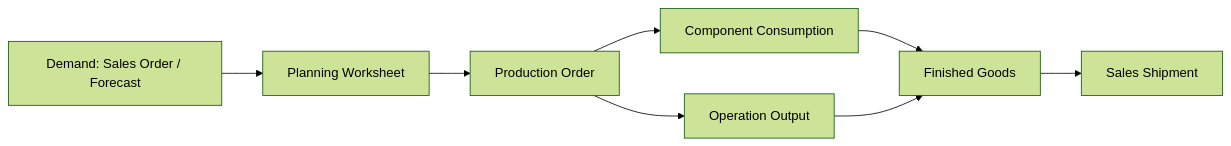
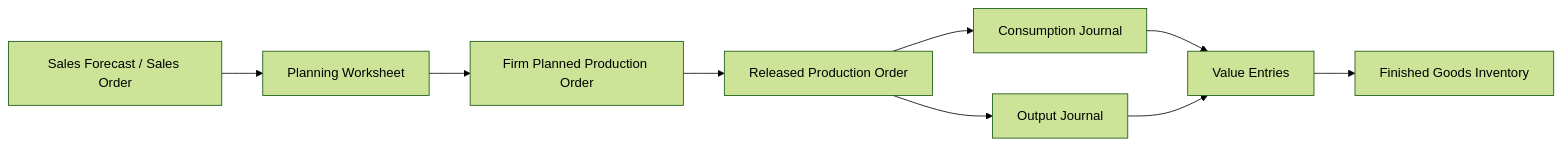
One commit to sivla/FiBu changed the sixth of 10 diagrams in FiBu_Buch_BC_Standardprozesse_DE_Master_Blueprint.md. Above: the diagram before and after it, drawn with Mermaid (forest theme). The commit also changed other lines of this file and 2 other files, not shown here.

````diff
--- a/FiBu_Buch_BC_Standardprozesse_DE_Master_Blueprint.md
+++ b/FiBu_Buch_BC_Standardprozesse_DE_Master_Blueprint.md
@@ -346,10 +524,11 @@
 ```mermaid
 flowchart LR
-    A["Demand: Sales Order / Forecast"] --> B["Planning Worksheet"]
-    B --> C["Production Order"]
-    C --> D["Component Consumption"]
-    C --> E["Operation Output"]
-    D --> F["Finished Goods"]
-    E --> F
-    F --> G["Sales Shipment"]
+    A["Sales Forecast / Sales Order"] --> B["Planning Worksheet"]
+    B --> C["Firm Planned Production Order"]
+    C --> D["Released Production Order"]
+    D --> E["Consumption Journal"]
+    D --> F["Output Journal"]
+    E --> G["Value Entries"]
+    F --> G
+    G --> H["Finished Goods Inventory"]
 ```
````
